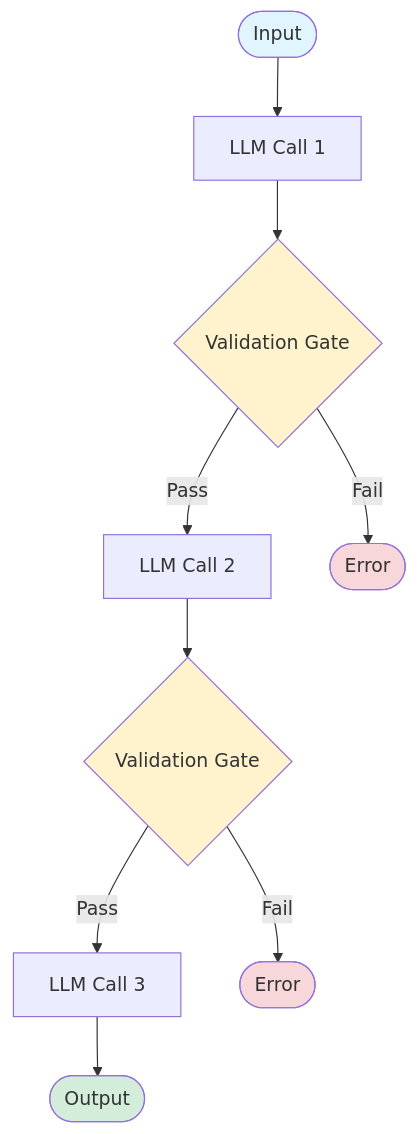
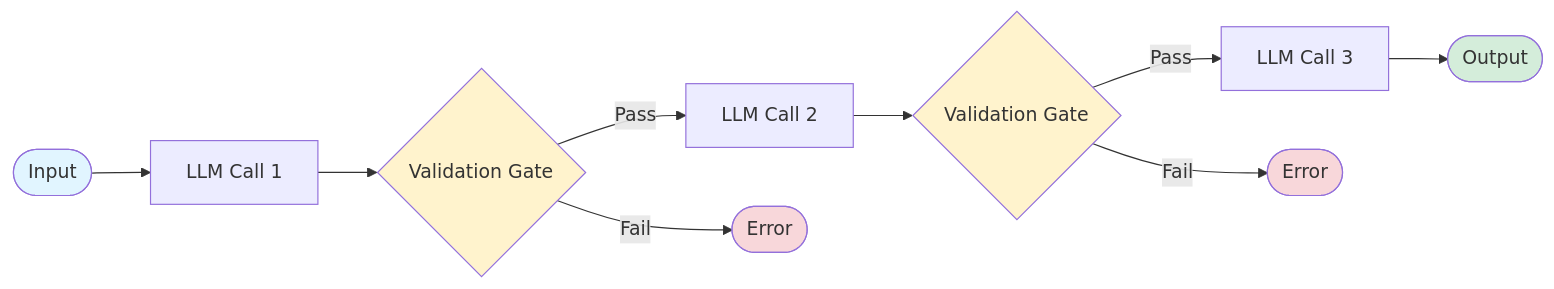
One commit to diagrid-labs/dapr-reliable-agentic-systems changed the diagram in .demo/slides/07-prompt-chaining/07-02-diagram.md. Above: the diagram before and after it, drawn with Mermaid. The commit also changed other lines of this file and 17 other files, not shown here.

````diff
--- a/.demo/slides/07-prompt-chaining/07-02-diagram.md
+++ b/.demo/slides/07-prompt-chaining/07-02-diagram.md
@@ -7,18 +7,18 @@
 ```mermaid
-graph TD
+graph LR
     Start([Input]) --> A1[LLM Call 1]
     A1 --> Gate1{Validation Gate}
     Gate1 -->|Pass| A2[LLM Call 2]
     Gate1 -->|Fail| Fail1([Error])
     A2 --> Gate2{Validation Gate}
     Gate2 -->|Pass| A3[LLM Call 3]
     Gate2 -->|Fail| Fail2([Error])
     A3 --> End([Output])
     
     style Start fill:#e1f5ff
     style End fill:#d4edda
     style Fail1 fill:#f8d7da
     style Fail2 fill:#f8d7da
     style Gate1 fill:#fff3cd
     style Gate2 fill:#fff3cd
 ```
````
